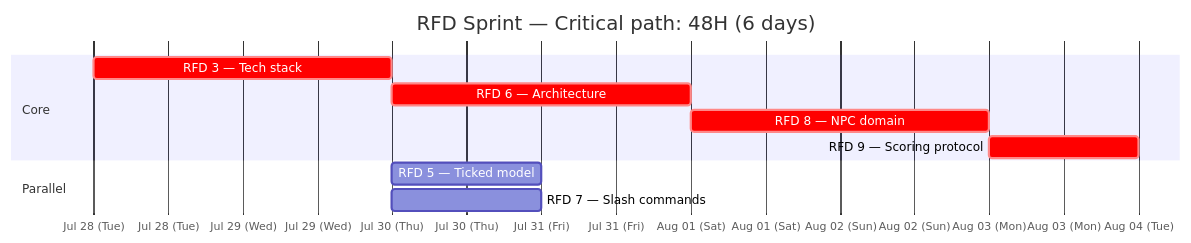
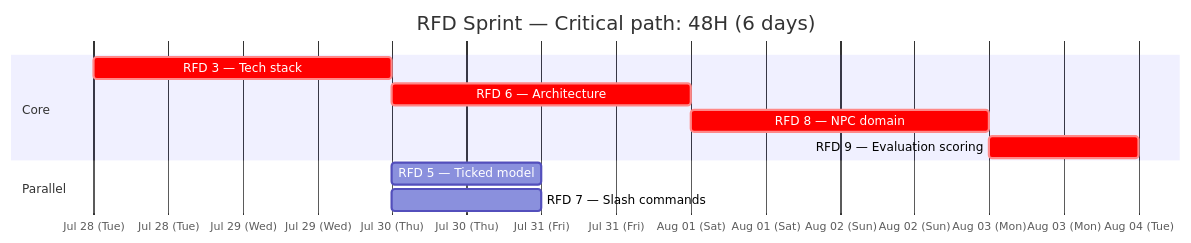
One commit to taskweft/crucible-rfd changed the diagram in PERT_PLAN.md. Above: the diagram before and after it, drawn with Mermaid. The commit also changed other lines of this file and 9 other files, not shown here.

````diff
--- a/PERT_PLAN.md
+++ b/PERT_PLAN.md
@@ -7,16 +7,16 @@
 ```mermaid
 gantt
     title RFD Sprint — Critical path: 48H (6 days)
     dateFormat  YYYY-MM-DD
     axisFormat  %b %d (%a)
 
     section Core
     RFD 3 — Tech stack            :crit, r3, 2026-07-28, 2d
     RFD 6 — Architecture          :crit, r6, after r3, 1.5d
     RFD 8 — NPC domain            :crit, r8, after r6, 1.5d
-    RFD 9 — Scoring protocol      :crit, r9, after r8, 1d
+    RFD 9 — Evaluation scoring    :crit, r9, after r8, 1d
 
     section Parallel
     RFD 5 — Ticked model          :r5, after r3, 0.5d
     RFD 7 — Slash commands        :r7, after r3, 0.75d
 ```
````
